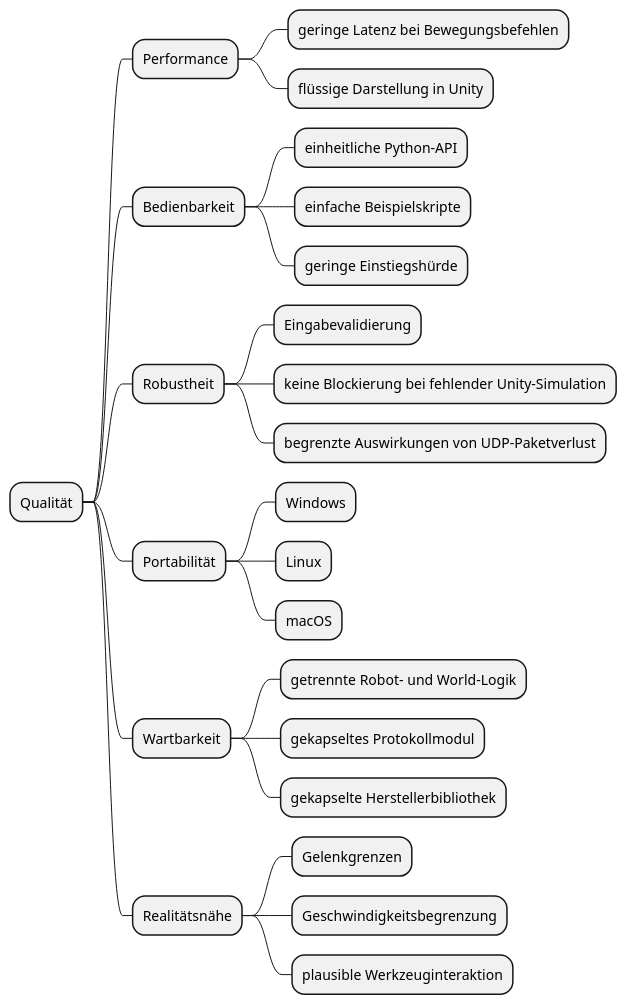
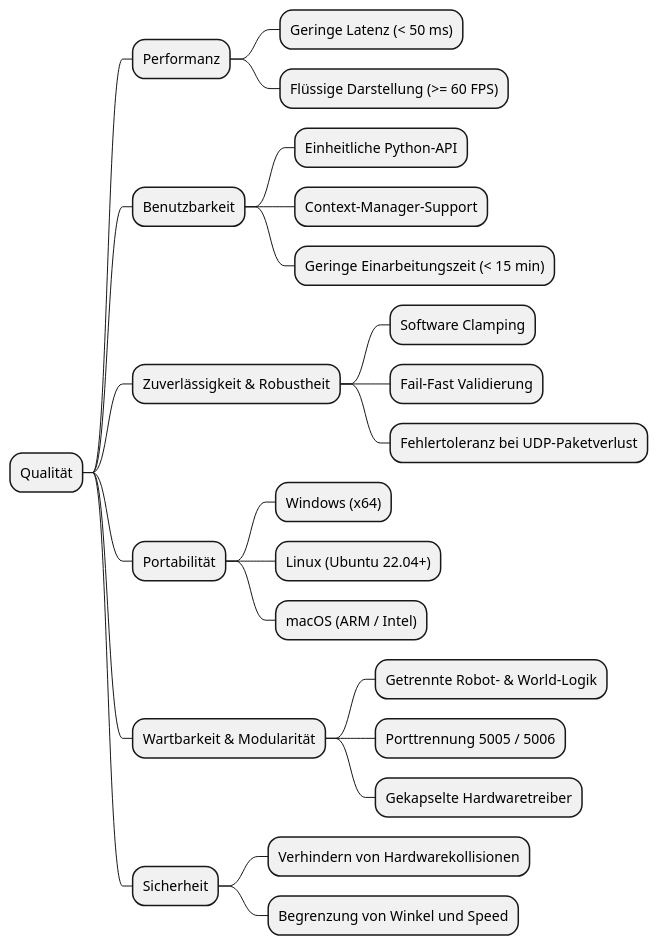
Before and after one commit to Stonehouse1703/DigitalTwin-for-MyPalletizer-260-M5-UnityVersion: the diagram in docs/asciidoc/chapters/10_quality_requirements.adoc, drawn with PlantUML. The commit also changed other lines of this file and 12 other files, not shown here.

```diff
--- a/docs/asciidoc/chapters/10_quality_requirements.adoc
+++ b/docs/asciidoc/chapters/10_quality_requirements.adoc
@@ -55,29 +12,28 @@
 [plantuml, target="diagram-quality-tree", format="png"]
 ----
 @startmindmap
 * Qualität
-** Performance
-*** geringe Latenz bei Bewegungsbefehlen
-*** flüssige Darstellung in Unity
-** Bedienbarkeit
-*** einheitliche Python-API
-*** einfache Beispielskripte
-*** geringe Einstiegshürde
-** Robustheit
-*** Eingabevalidierung
-*** keine Blockierung bei fehlender Unity-Simulation
-*** begrenzte Auswirkungen von UDP-Paketverlust
+** Performanz
+*** Geringe Latenz (< 50 ms)
+*** Flüssige Darstellung (>= 60 FPS)
+** Benutzbarkeit
+*** Einheitliche Python-API
+*** Context-Manager-Support
+*** Geringe Einarbeitungszeit (< 15 min)
+** Zuverlässigkeit & Robustheit
+*** Software Clamping
+*** Fail-Fast Validierung
+*** Fehlertoleranz bei UDP-Paketverlust
 ** Portabilität
-*** Windows
-*** Linux
-*** macOS
-** Wartbarkeit
-*** getrennte Robot- und World-Logik
-*** gekapseltes Protokollmodul
-*** gekapselte Herstellerbibliothek
-** Realitätsnähe
-*** Gelenkgrenzen
-*** Geschwindigkeitsbegrenzung
-*** plausible Werkzeuginteraktion
+*** Windows (x64)
+*** Linux (Ubuntu 22.04+)
+*** macOS (ARM / Intel)
+** Wartbarkeit & Modularität
+*** Getrennte Robot- & World-Logik
+*** Porttrennung 5005 / 5006
+*** Gekapselte Hardwaretreiber
+** Sicherheit
+*** Verhindern von Hardwarekollisionen
+*** Begrenzung von Winkel und Speed
 @endmindmap
 ----
```
